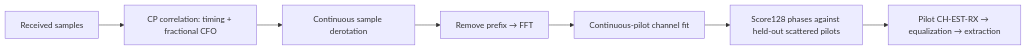
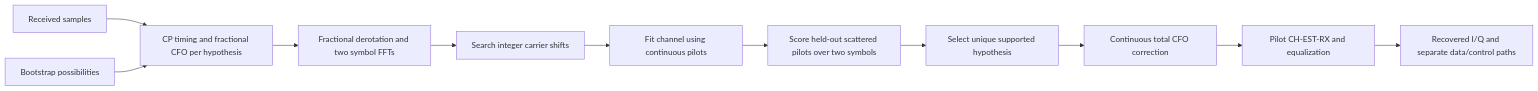
One commit to mgarcia01752/merlin changed the diagram in docs/user/waveform/rx-acquisition.md. Above: the diagram before and after it, drawn with Mermaid. The commit also changed other lines of this file and 28 other files, not shown here.

````diff
--- a/docs/user/waveform/rx-acquisition.md
+++ b/docs/user/waveform/rx-acquisition.md
@@ -8,8 +15,13 @@
 ```mermaid
 flowchart LR
-    S["Received samples"] --> CP["CP correlation: timing + fractional CFO"]
-    CP --> ROT["Continuous sample derotation"] --> FFT["Remove prefix → FFT"]
-    FFT --> CPILOT["Continuous-pilot channel fit"]
-    CPILOT --> PHASE["Score128 phases against held-out scattered pilots"]
-    PHASE --> RX["Pilot CH-EST-RX → equalization → extraction"]
+    S[Received samples] --> CP[CP timing and fractional CFO per hypothesis]
+    CONFIG[Bootstrap possibilities] --> CP
+    CP --> FFT[Fractional derotation and two symbol FFTs]
+    FFT --> INTEGER[Search integer carrier shifts]
+    INTEGER --> FIT[Fit channel using continuous pilots]
+    FIT --> PHASE[Score held-out scattered pilots over two symbols]
+    PHASE --> SELECT[Select unique supported hypothesis]
+    SELECT --> RX[Continuous total CFO correction]
+    RX --> EQ[Pilot CH-EST-RX and equalization]
+    EQ --> OUT[Recovered I/Q and separate data/control paths]
 ```
````
